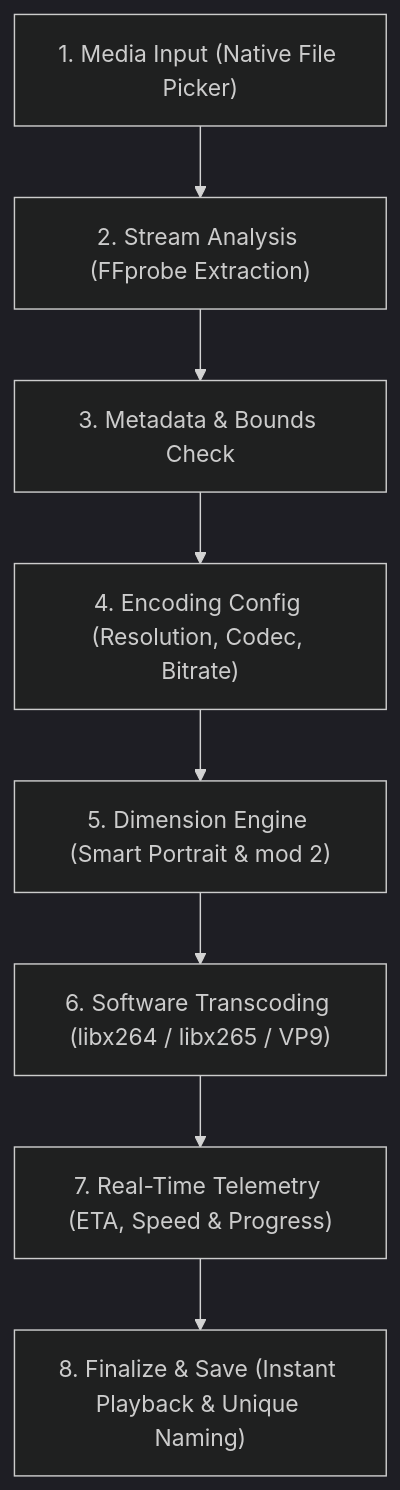
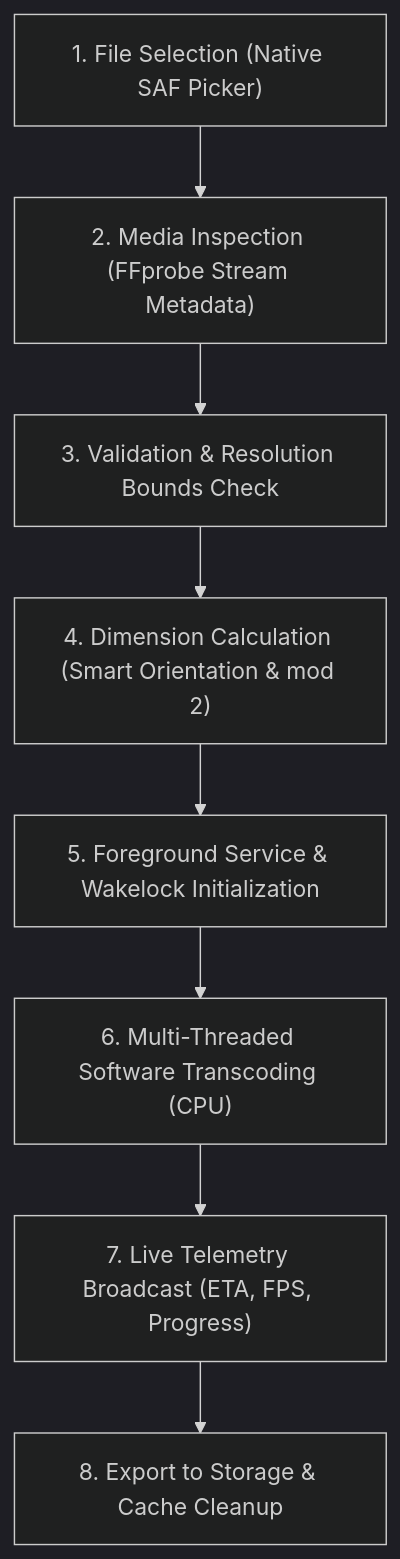
Before and after one commit to zerabyte88/phantek-video-toolkit: the diagram in README.md, drawn with Mermaid (dark theme). The commit also changed other lines of this file, not shown here.

````diff
--- a/README.md
+++ b/README.md
@@ -46,10 +73,10 @@
 ```mermaid
 flowchart TD
-    A["1. Media Input (Native File Picker)"] --> B["2. Stream Analysis (FFprobe Extraction)"]
-    B --> C["3. Metadata & Bounds Check"]
-    C --> D["4. Encoding Config (Resolution, Codec, Bitrate)"]
-    D --> E["5. Dimension Engine (Smart Portrait & mod 2)"]
-    E --> F["6. Software Transcoding (libx264 / libx265 / VP9)"]
-    F --> G["7. Real-Time Telemetry (ETA, Speed & Progress)"]
-    G --> H["8. Finalize & Save (Instant Playback & Unique Naming)"]
+    A["1. File Selection (Native SAF Picker)"] --> B["2. Media Inspection (FFprobe Stream Metadata)"]
+    B --> C["3. Validation & Resolution Bounds Check"]
+    C --> D["4. Dimension Calculation (Smart Orientation & mod 2)"]
+    D --> E["5. Foreground Service & Wakelock Initialization"]
+    E --> F["6. Multi-Threaded Software Transcoding (CPU)"]
+    F --> G["7. Live Telemetry Broadcast (ETA, FPS, Progress)"]
+    G --> H["8. Export to Storage & Cache Cleanup"]
 ```
````
